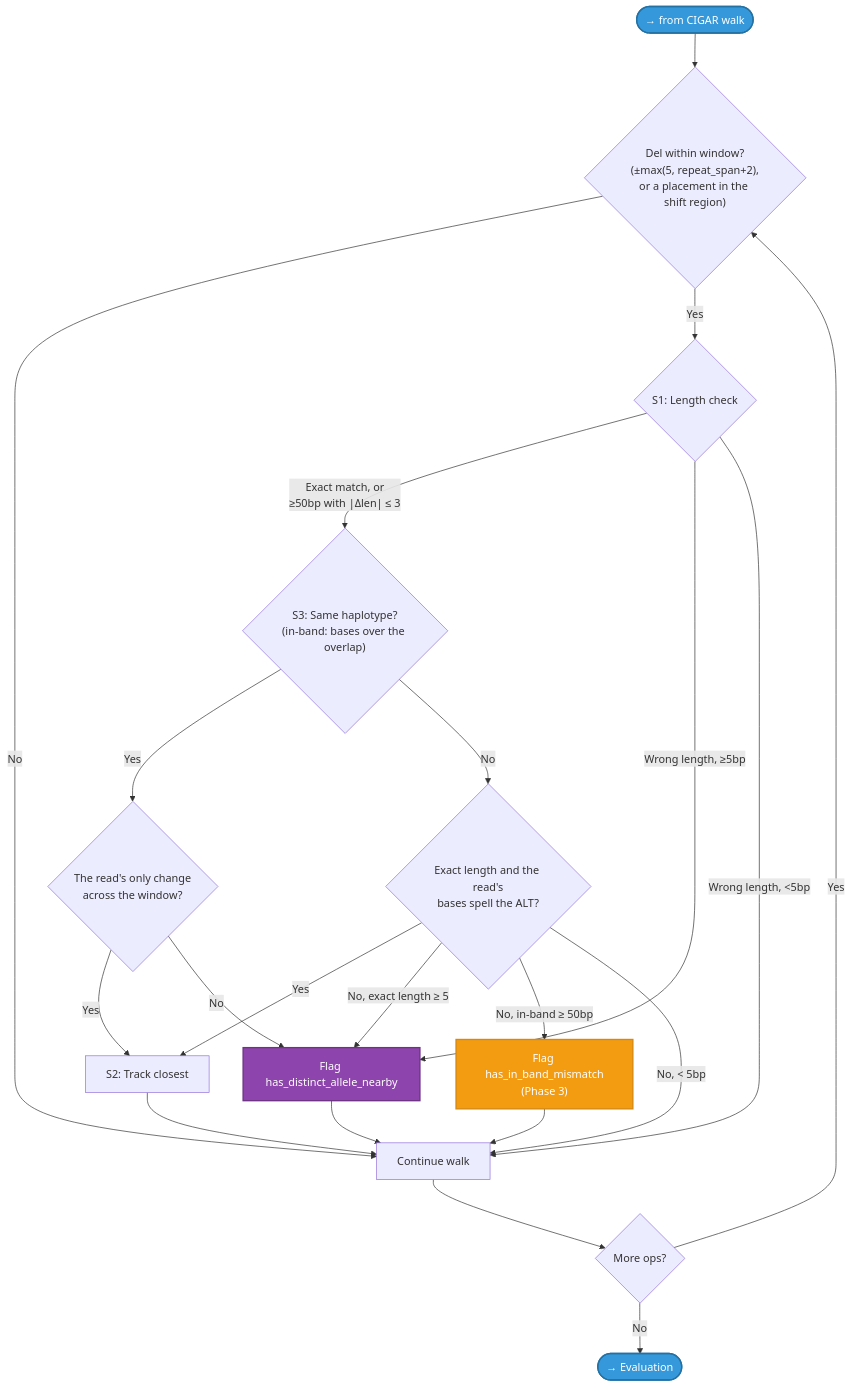
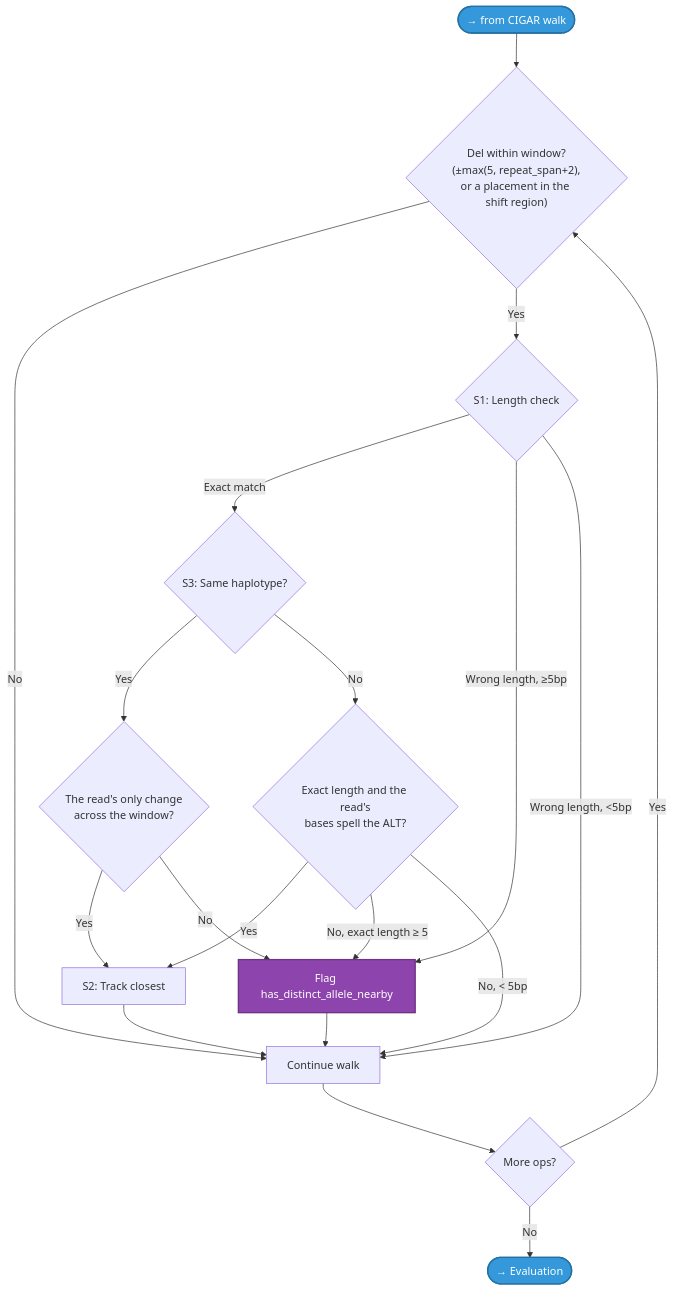
One commit to msk-access/gbcms changed the sixth of 12 diagrams in docs/reference/allele-classification.md. Above: the diagram before and after it, drawn with Mermaid. The commit also changed other lines of this file and 7 other files, not shown here.

First line of the commit message:
refactor(counting): retire the 50+ bp deletion length band and its Phase 3 route

````diff
--- a/docs/reference/allele-classification.md
+++ b/docs/reference/allele-classification.md
@@ -415,28 +441,25 @@
 ```mermaid
 flowchart TD
     WinIn(["→ from CIGAR walk"]):::entry --> CheckWin{"Del within window?\n(±max(5, repeat_span+2),\nor a placement in the shift region)"}
     CheckWin -->|No| Continue["Continue walk"]
     CheckWin -->|Yes| S1{"S1: Length check"}
-    S1 -->|"Exact match, or\n≥50bp with |Δlen| ≤ 3"| S3{"S3: Same haplotype?\n(in-band: bases over the overlap)"}
+    S1 -->|"Exact match"| S3{"S3: Same haplotype?"}
     S1 -->|"Wrong length, ≥5bp"| FlagWL["Flag has_distinct_allele_nearby"]:::partialflag
     S1 -->|"Wrong length, <5bp"| Continue
     S3 -->|Yes| Only{"The read's only change\nacross the window?"}
     Only -->|Yes| S2["S2: Track closest"]
     Only -->|No| FlagWL
     S3 -->|No| DSpells{"Exact length and the read's\nbases spell the ALT?"}
     DSpells -->|Yes| S2
     DSpells -->|"No, exact length ≥ 5"| FlagWL
-    DSpells -->|"No, in-band ≥ 50bp"| FlagIB["Flag has_in_band_mismatch\n(Phase 3)"]:::fallback
     DSpells -->|"No, < 5bp"| Continue
     S2 --> Continue
-    FlagIB --> Continue
     FlagWL --> Continue
     Continue --> MoreOps{"More ops?"}
     MoreOps -->|Yes| CheckWin
     MoreOps -->|No| Eval(["→ Evaluation"]):::next
 
     classDef entry fill:#3498db,color:#fff,stroke:#2471a3,stroke-width:2px;
     classDef next fill:#3498db,color:#fff,stroke:#2471a3,stroke-width:2px;
-    classDef fallback fill:#f39c12,color:#fff,stroke:#d68910,stroke-width:2px;
     classDef partialflag fill:#8e44ad,color:#fff,stroke:#6c3483,stroke-width:2px;
 ```
````
